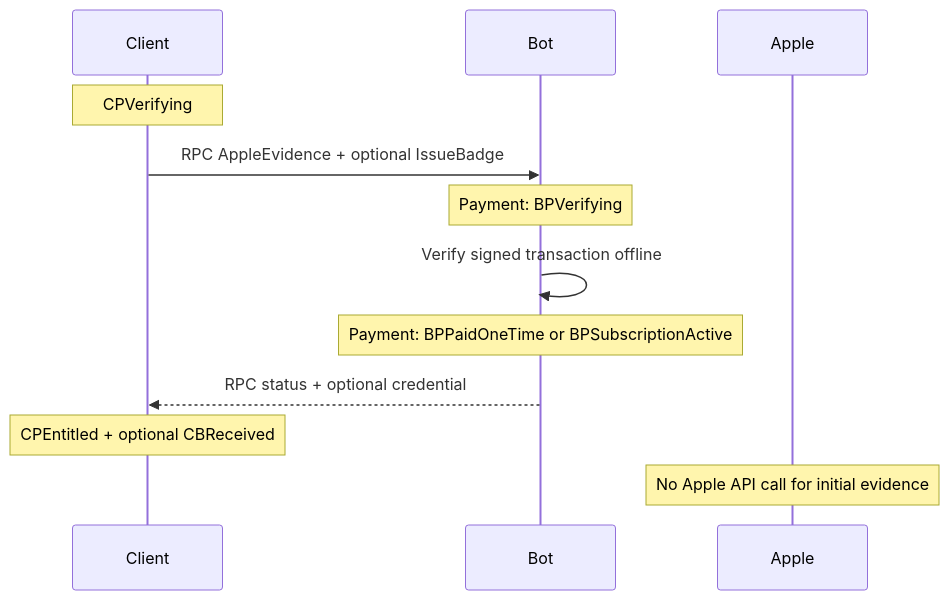
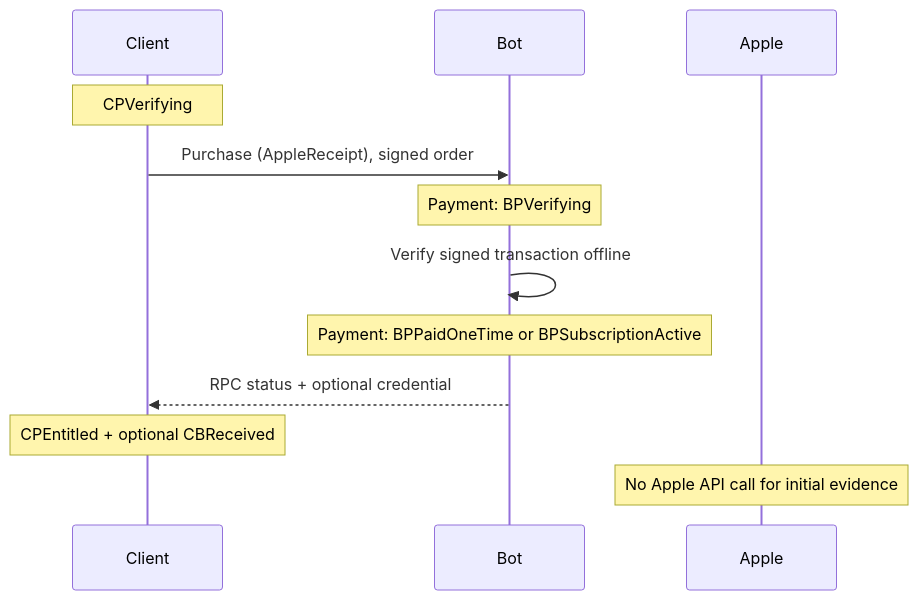
One commit to simplex-chat/simplex-chat changed the seventh of 11 diagrams in plans/2026-07-20-supporter-badges-v2-implementation.md. Above: the diagram before and after it, drawn with Mermaid. The commit also changed other lines of this file and 3 other files, not shown here.

Commit message:
docs: rework badge plans to order-centric protocol

````diff
--- a/plans/2026-07-20-supporter-badges-v2-implementation.md
+++ b/plans/2026-07-20-supporter-badges-v2-implementation.md
@@ -519,14 +555,14 @@
 ```mermaid
 sequenceDiagram
   participant C as Client
   participant B as Bot
   participant A as Apple
   Note over C: CPVerifying
-  C->>B: RPC AppleEvidence + optional IssueBadge
+  C->>B: Purchase (AppleReceipt), signed order
   Note over B: Payment: BPVerifying
   B->>B: Verify signed transaction offline
   Note over B: Payment: BPPaidOneTime or BPSubscriptionActive
   B-->>C: RPC status + optional credential
   Note over C: CPEntitled + optional CBReceived
   Note over A: No Apple API call for initial evidence
 ```
````
